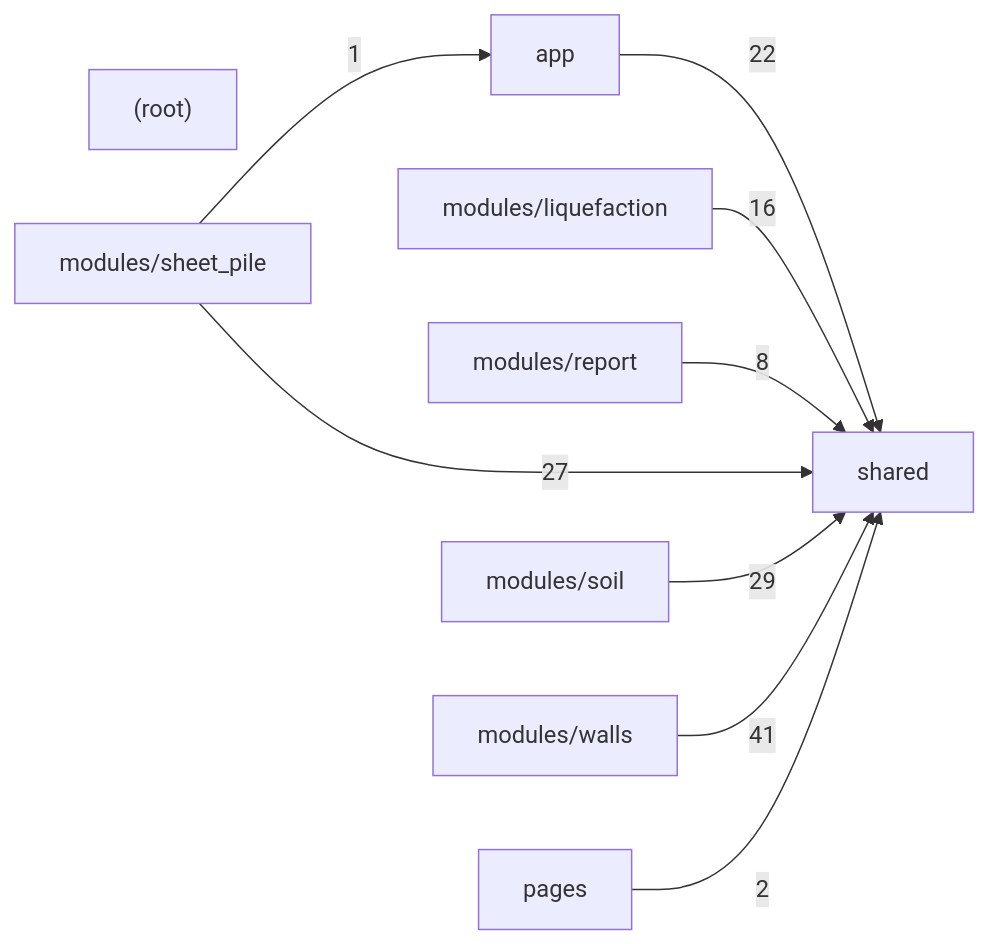
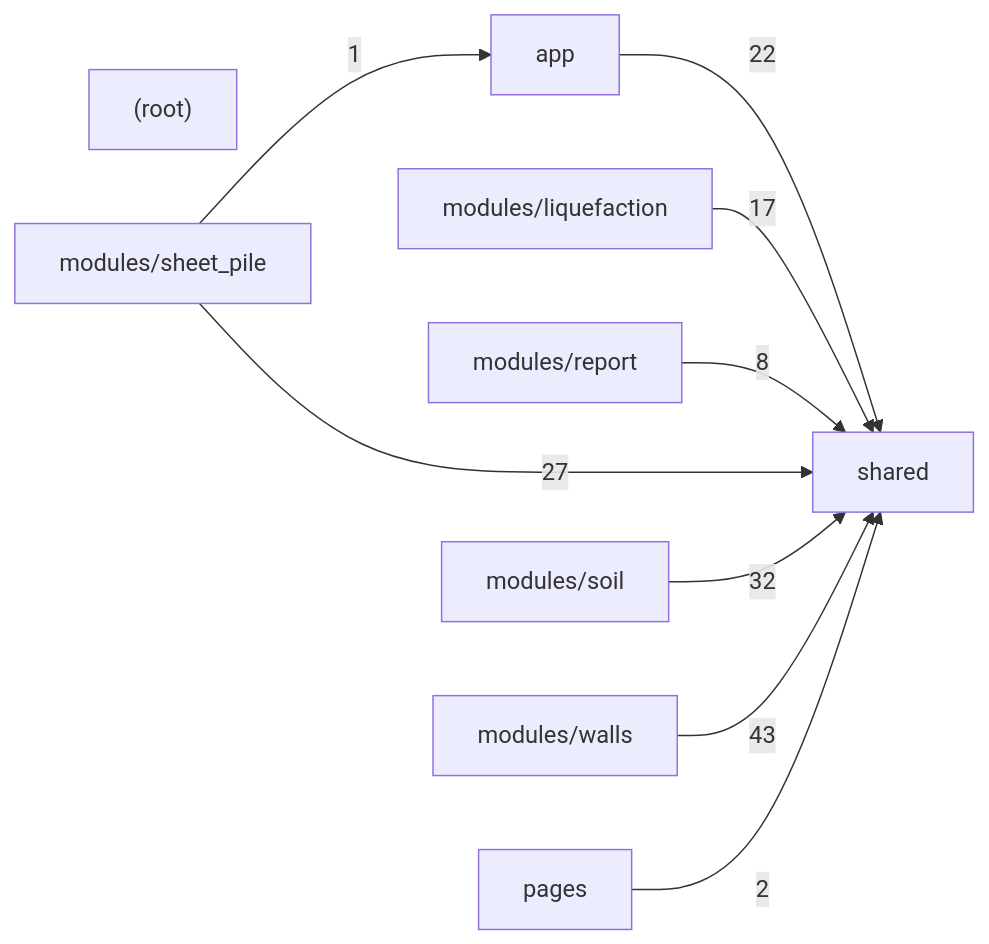
One commit to umutsertkaya/Foundation_Engineering_Program changed the second of 2 diagrams in docs/CODE_MAP.md. Above: the diagram before and after it, drawn with Mermaid. The commit also changed other lines of this file and 4 other files, not shown here.

````diff
--- a/docs/CODE_MAP.md
+++ b/docs/CODE_MAP.md
@@ -557,20 +559,20 @@
 ```mermaid
 graph LR
   _root_["(root)"]
   app["app"]
   modules_liquefaction["modules/liquefaction"]
   modules_report["modules/report"]
   modules_sheet_pile["modules/sheet_pile"]
   modules_soil["modules/soil"]
   modules_walls["modules/walls"]
   pages["pages"]
   shared["shared"]
   app -->|22| shared
-  modules_liquefaction -->|16| shared
+  modules_liquefaction -->|17| shared
   modules_report -->|8| shared
   modules_sheet_pile -->|1| app
   modules_sheet_pile -->|27| shared
-  modules_soil -->|29| shared
-  modules_walls -->|41| shared
+  modules_soil -->|32| shared
+  modules_walls -->|43| shared
   pages -->|2| shared
 ```
````
